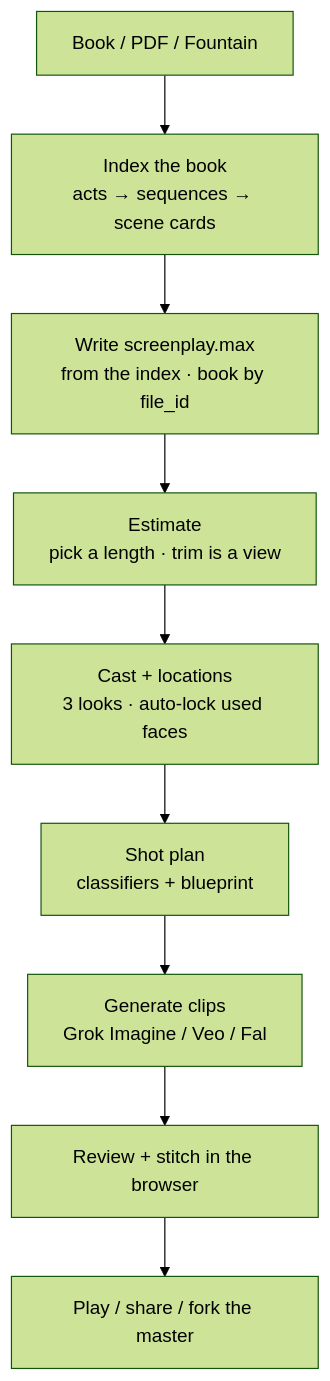
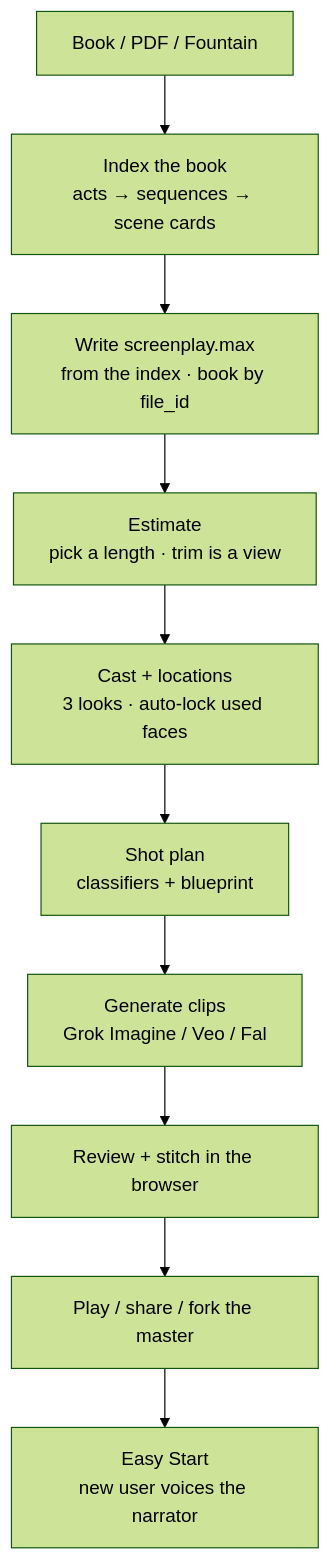
One commit to budcribar/PageToMovie changed the diagram in README.md. Above: the diagram before and after it, drawn with Mermaid (forest theme). The commit also changed other lines of this file, not shown here.

Commit message:
docs: Easy Start flow and state-machine link in README

````diff
--- a/README.md
+++ b/README.md
@@ -43,11 +59,12 @@
 ```mermaid
 flowchart TD
     A["Book / PDF / Fountain"] --> B["Index the book<br/>acts → sequences → scene cards"]
     B --> C["Write screenplay.max<br/>from the index · book by file_id"]
     C --> D["Estimate<br/>pick a length · trim is a view"]
     D --> E["Cast + locations<br/>3 looks · auto-lock used faces"]
     E --> F["Shot plan<br/>classifiers + blueprint"]
     F --> G["Generate clips<br/>Grok Imagine / Veo / Fal"]
     G --> H["Review + stitch in the browser"]
     H --> I["Play / share / fork the master"]
+    I --> J["Easy Start<br/>new user voices the narrator"]
 ```
````
